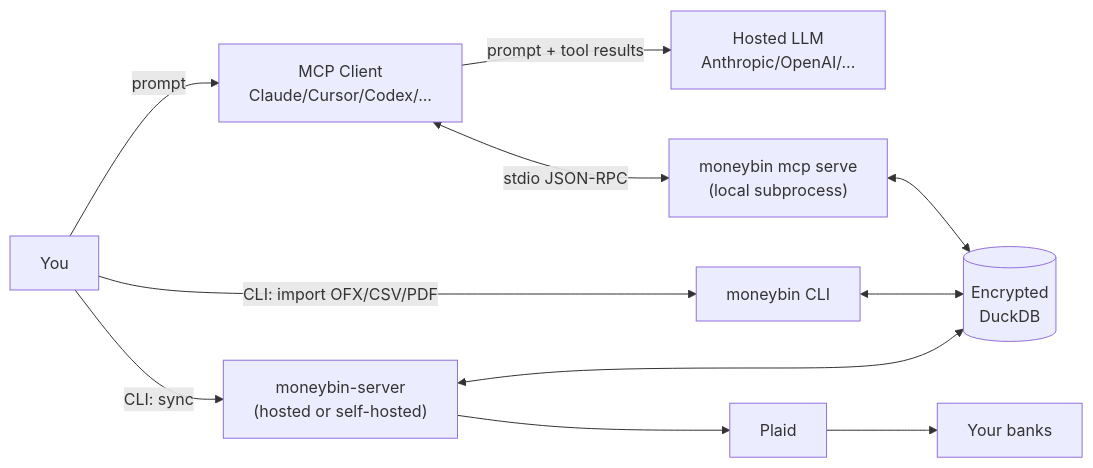
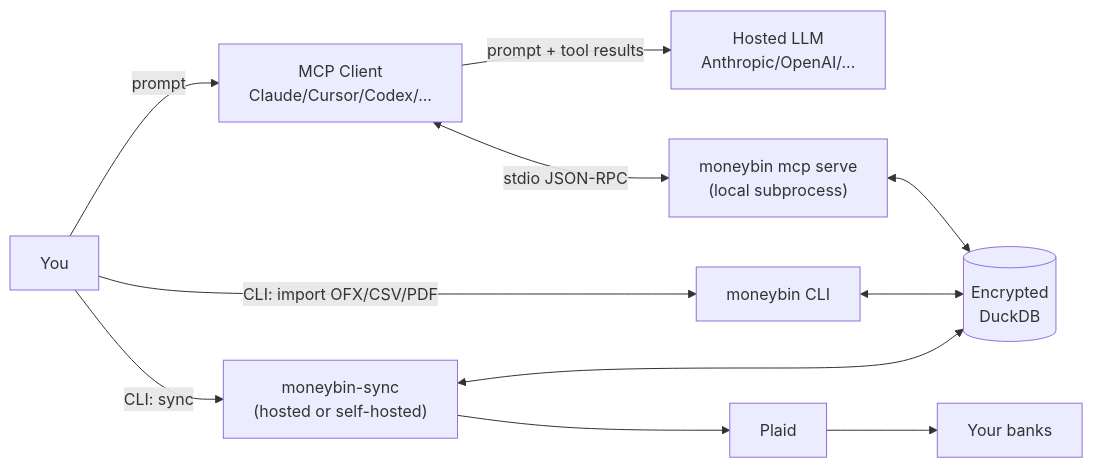
One commit to bsaffel/moneybin changed the diagram in docs/guides/threat-model.md. Above: the diagram before and after it, drawn with Mermaid. The commit also changed other lines of this file and 34 other files, not shown here.

First line of the commit message:
Rename broker references from moneybin-server to moneybin-sync (#276)

````diff
--- a/docs/guides/threat-model.md
+++ b/docs/guides/threat-model.md
@@ -179,13 +179,13 @@
 ```mermaid
 flowchart LR
     User[You] -->|"prompt"| Client[MCP Client<br/>Claude/Cursor/Codex/...]
     Client -->|"prompt + tool results"| LLM[Hosted LLM<br/>Anthropic/OpenAI/...]
     Client <-->|"stdio JSON-RPC"| MBmcp["moneybin mcp serve<br/>(local subprocess)"]
     MBmcp <--> DB[(Encrypted<br/>DuckDB)]
     User -->|"CLI: import OFX/CSV/PDF"| CLI[moneybin CLI]
     CLI <--> DB
-    User -->|"CLI: sync"| Broker["moneybin-server<br/>(hosted or self-hosted)"]
+    User -->|"CLI: sync"| Broker["moneybin-sync<br/>(hosted or self-hosted)"]
     Broker --> Plaid[Plaid]
     Plaid --> Banks[Your banks]
     Broker <--> DB
 ```
````
